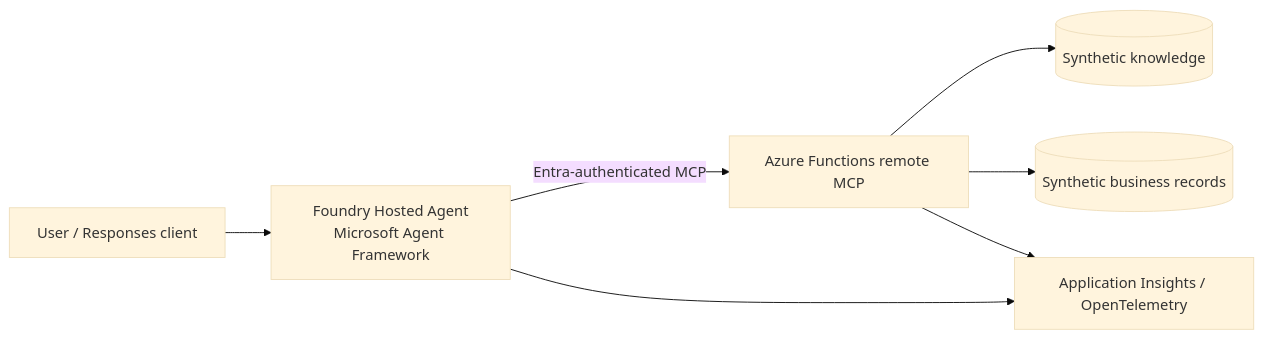
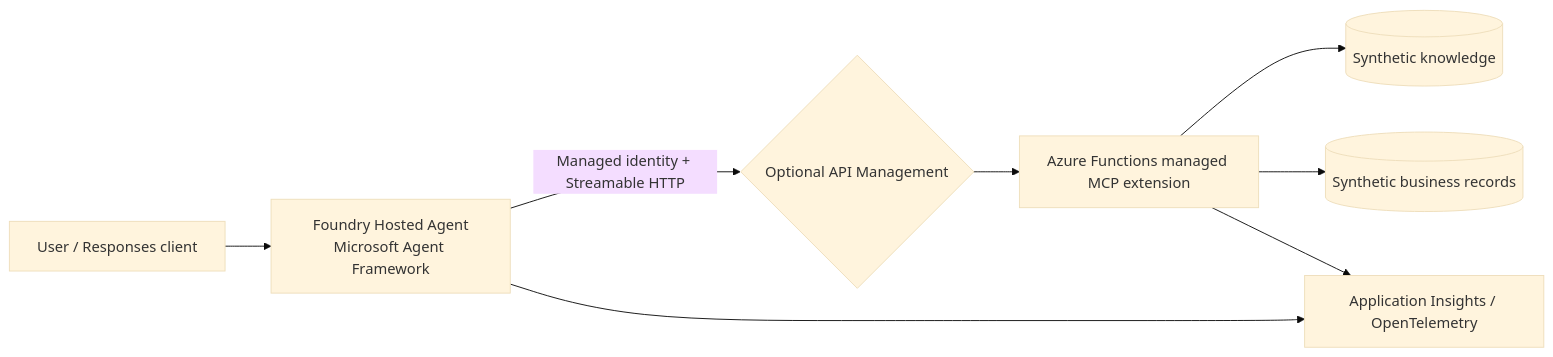
The diagram in README.md (mkabukcu7/foundry-hosted-agent-mcp-demo), drawn with Mermaid (base theme) before and after one commit. The commit also changed other lines of this file and 35 other files, not shown here.

````diff
--- a/README.md
+++ b/README.md
@@ -10,9 +12,10 @@
 ```mermaid
 flowchart LR
   U[User / Responses client] --> A[Foundry Hosted Agent\nMicrosoft Agent Framework]
-  A -->|Entra-authenticated MCP| M[Azure Functions remote MCP]
+  A -->|Managed identity + Streamable HTTP| P{Optional API Management}
+  P --> M[Azure Functions managed MCP extension]
   M --> K[(Synthetic knowledge)]
   M --> B[(Synthetic business records)]
   A --> T[Application Insights / OpenTelemetry]
   M --> T
 ```
````
